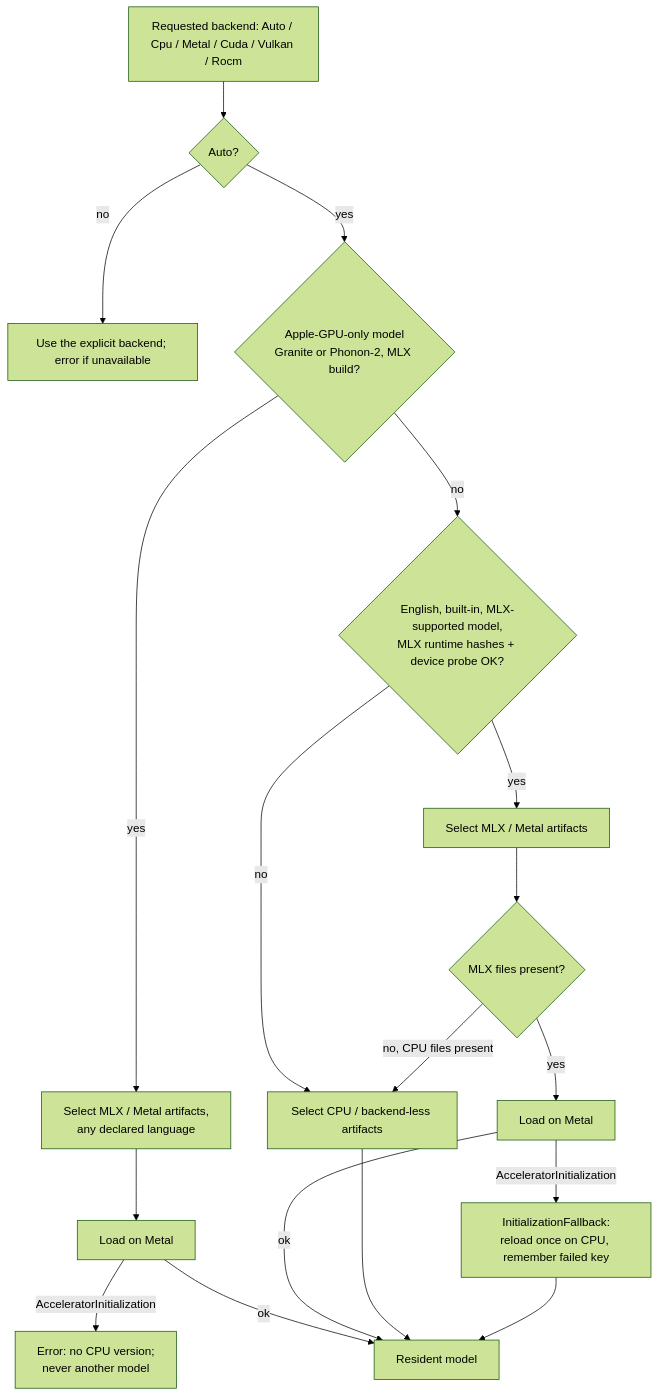
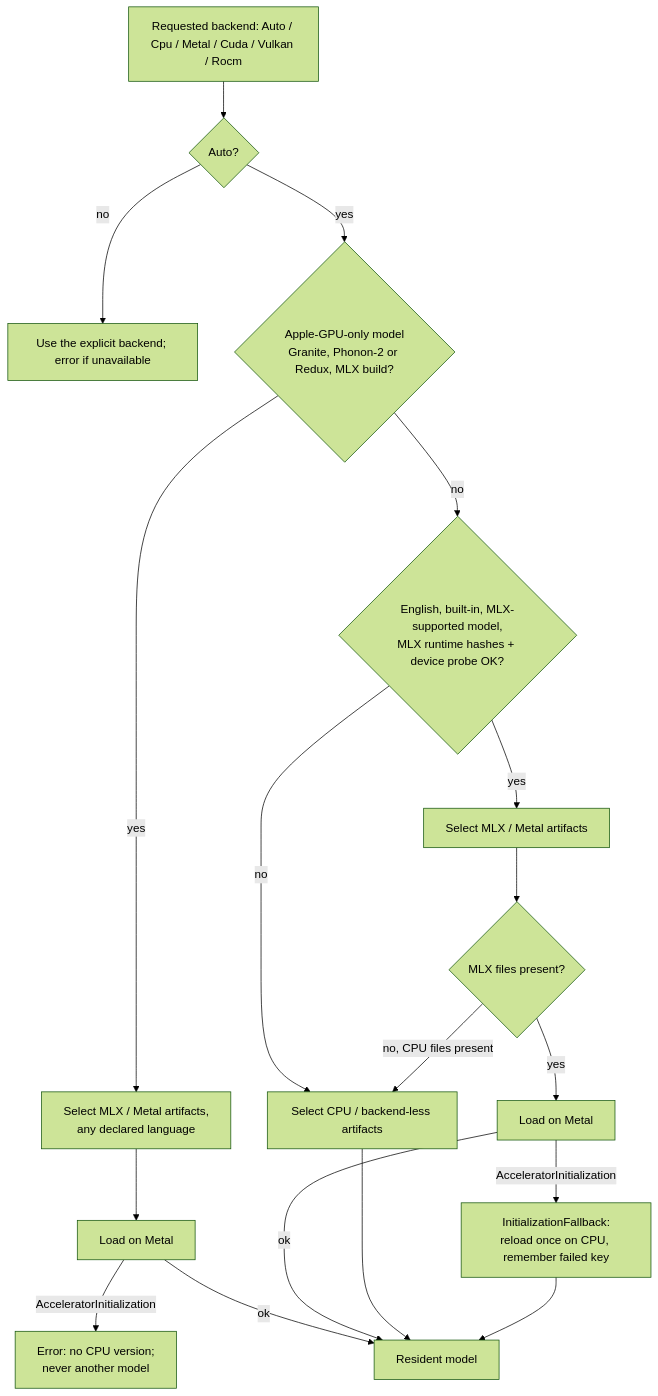
Before and after one commit to rahulsharmavishwakarma/vesper: the fifth of 11 diagrams in docs/inference-architecture.md, drawn with Mermaid (forest theme). The commit also changed other lines of this file and 9 other files, not shown here.

````diff
--- a/docs/inference-architecture.md
+++ b/docs/inference-architecture.md
@@ -244,21 +247,21 @@
 ```mermaid
 flowchart TB
   req[Requested backend: Auto / Cpu / Metal / Cuda / Vulkan / Rocm]
   req --> auto{Auto?}
   auto -->|no| exact[Use the explicit backend; error if unavailable]
-  auto -->|yes| gpuonly{Apple-GPU-only model<br/>Granite or Phonon-2, MLX build?}
+  auto -->|yes| gpuonly{Apple-GPU-only model<br/>Granite, Phonon-2 or Redux, MLX build?}
   gpuonly -->|yes| gpusel[Select MLX / Metal artifacts,<br/>any declared language]
   gpusel --> gload[Load on Metal]
   gload -->|AcceleratorInitialization| gerr[Error: no CPU version;<br/>never another model]
   gload -->|ok| run
   gpuonly -->|no| mlxq{English, built-in, MLX-supported model,<br/>MLX runtime hashes + device probe OK?}
   mlxq -->|yes| mlxsel[Select MLX / Metal artifacts]
   mlxq -->|no| cpu[Select CPU / backend-less artifacts]
   mlxsel --> files{MLX files present?}
   files -->|no, CPU files present| cpu
   files -->|yes| load[Load on Metal]
   load -->|AcceleratorInitialization| fallback[InitializationFallback:<br/>reload once on CPU, remember failed key]
   load -->|ok| run[Resident model]
   cpu --> run
   fallback --> run
 ```
````
